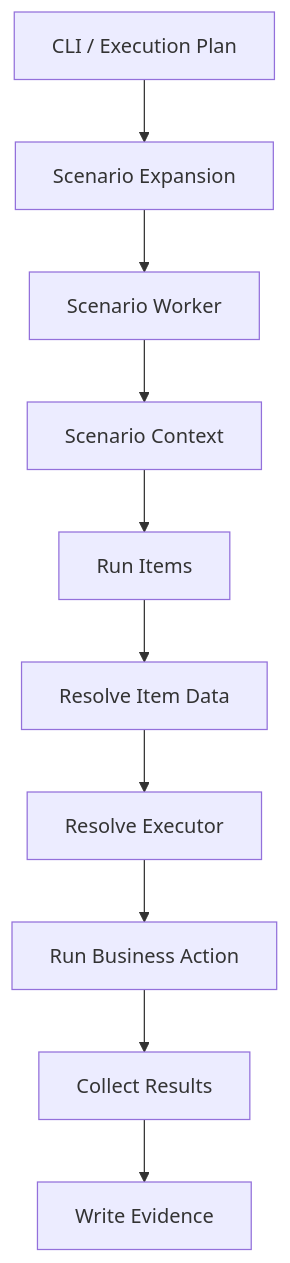
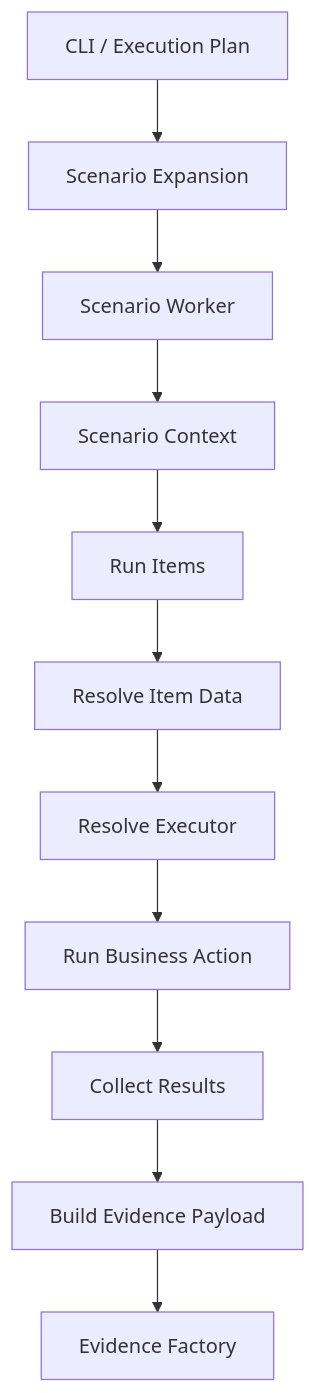
The second of 3 diagrams in src/frameworkCore/executionLayer/README.md (vijaytomar81/AZOnline), drawn with Mermaid before and after one commit. The commit also changed other lines of this file, not shown here.

````diff
--- a/src/frameworkCore/executionLayer/README.md
+++ b/src/frameworkCore/executionLayer/README.md
@@ -124,24 +134,26 @@
-~~~mermaid
+```mermaid
 flowchart TD
 
     A[CLI / Execution Plan]
     B[Scenario Expansion]
     C[Scenario Worker]
     D[Scenario Context]
     E[Run Items]
     F[Resolve Item Data]
     G[Resolve Executor]
     H[Run Business Action]
     I[Collect Results]
-    J[Write Evidence]
+    J[Build Evidence Payload]
+    K[Evidence Factory]
 
     A --> B
     B --> C
     C --> D
     D --> E
     E --> F
     F --> G
     G --> H
     H --> I
     I --> J
-~~~
+    J --> K
+```
````
